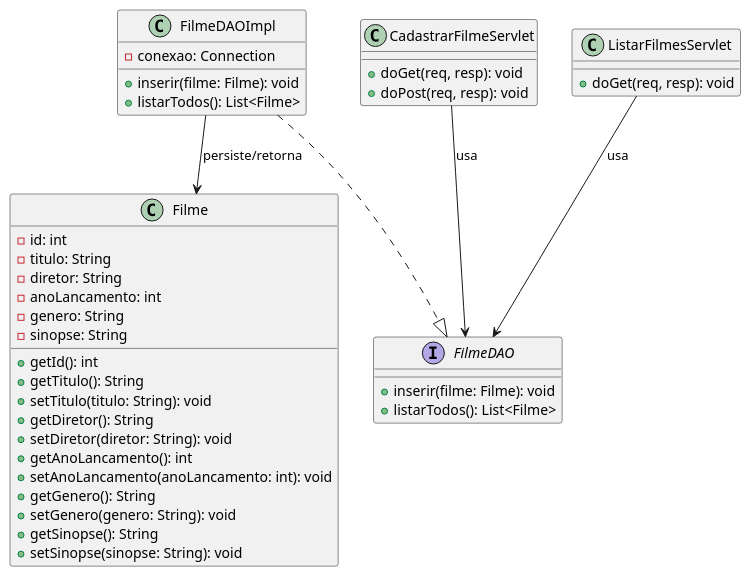
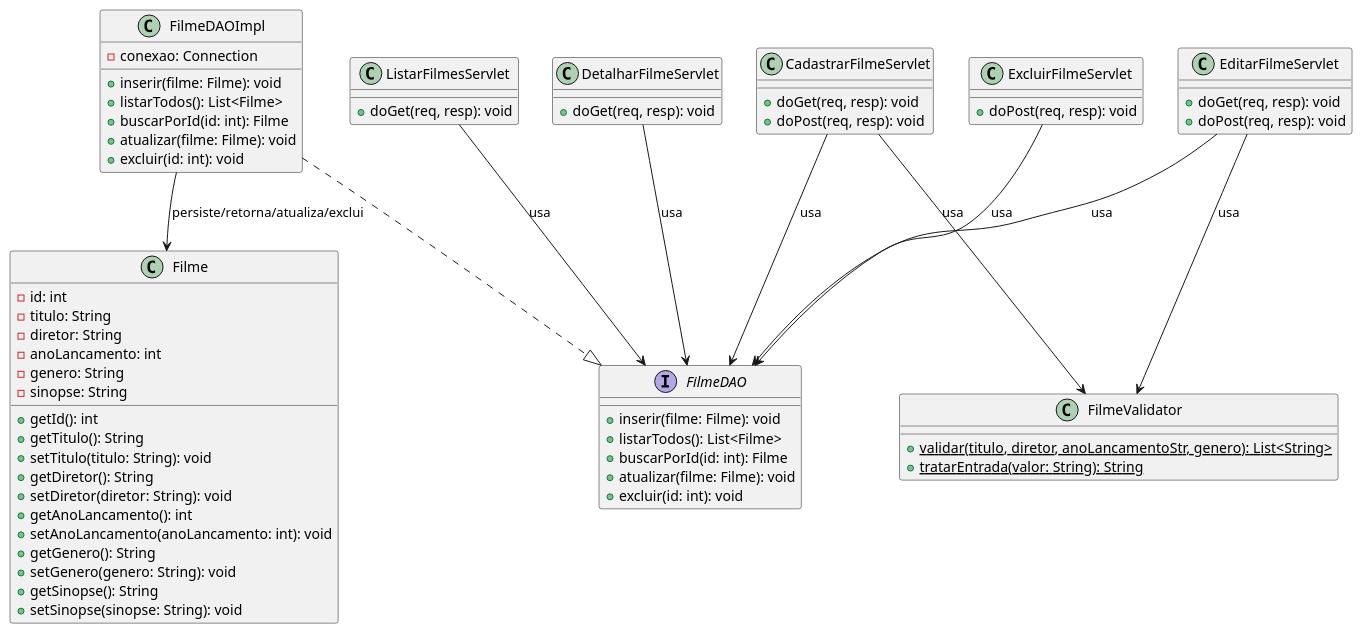
Before and after one commit to 0xgabinio/Projeto_Java: the diagram in docs/modelagem/diagrama-classes-geral.puml, drawn with PlantUML.

Commit message:
docs(modelagem): add detail, edit and delete operations to class diagram

```diff
--- a/docs/modelagem/diagrama-classes-geral.puml
+++ b/docs/modelagem/diagrama-classes-geral.puml
@@ -1,51 +1,81 @@
 @startuml diagrama-classes-geral
 ' Diagrama de classes consolidado do Catálogo Simples de Filmes.
 ' Acumulado incrementalmente pela skill modelar-uml a cada spec modelada.
-' Origem desta versão: specs/cadastrar-filme.md, specs/listar-filmes.md.
+' Origem desta versão: specs/cadastrar-filme.md, specs/listar-filmes.md, specs/detalhar-filme.md,
+' specs/editar-filme.md, specs/excluir-filme.md.
 
 class Filme {
   -id: int
   -titulo: String
   -diretor: String
   -anoLancamento: int
   -genero: String
   -sinopse: String
   +getId(): int
   +getTitulo(): String
   +setTitulo(titulo: String): void
   +getDiretor(): String
   +setDiretor(diretor: String): void
   +getAnoLancamento(): int
   +setAnoLancamento(anoLancamento: int): void
   +getGenero(): String
   +setGenero(genero: String): void
   +getSinopse(): String
   +setSinopse(sinopse: String): void
 }
 
 interface FilmeDAO {
   +inserir(filme: Filme): void
   +listarTodos(): List<Filme>
+  +buscarPorId(id: int): Filme
+  +atualizar(filme: Filme): void
+  +excluir(id: int): void
 }
 
 class FilmeDAOImpl {
   -conexao: Connection
   +inserir(filme: Filme): void
   +listarTodos(): List<Filme>
+  +buscarPorId(id: int): Filme
+  +atualizar(filme: Filme): void
+  +excluir(id: int): void
 }
 
 class CadastrarFilmeServlet {
   +doGet(req, resp): void
   +doPost(req, resp): void
 }
 
 class ListarFilmesServlet {
   +doGet(req, resp): void
 }
 
+class DetalharFilmeServlet {
+  +doGet(req, resp): void
+}
+
+class EditarFilmeServlet {
+  +doGet(req, resp): void
+  +doPost(req, resp): void
+}
+
+class ExcluirFilmeServlet {
+  +doPost(req, resp): void
+}
+
+class FilmeValidator {
+  +{static} validar(titulo, diretor, anoLancamentoStr, genero): List<String>
+  +{static} tratarEntrada(valor: String): String
+}
+
 FilmeDAOImpl ..|> FilmeDAO
 CadastrarFilmeServlet --> FilmeDAO : usa
+CadastrarFilmeServlet --> FilmeValidator : usa
 ListarFilmesServlet --> FilmeDAO : usa
-FilmeDAOImpl --> Filme : persiste/retorna
+DetalharFilmeServlet --> FilmeDAO : usa
+EditarFilmeServlet --> FilmeDAO : usa
+EditarFilmeServlet --> FilmeValidator : usa
+ExcluirFilmeServlet --> FilmeDAO : usa
+FilmeDAOImpl --> Filme : persiste/retorna/atualiza/exclui
 
 @enduml
```
